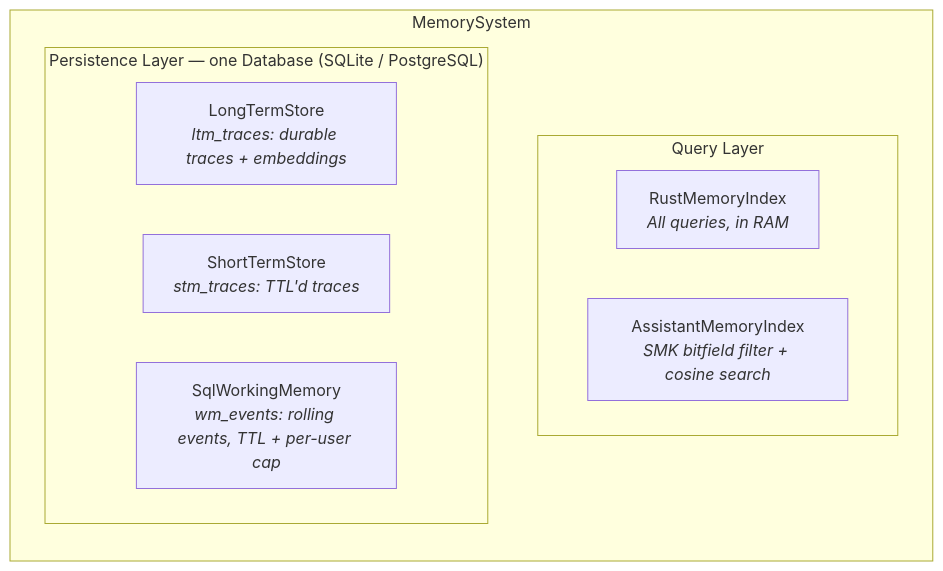
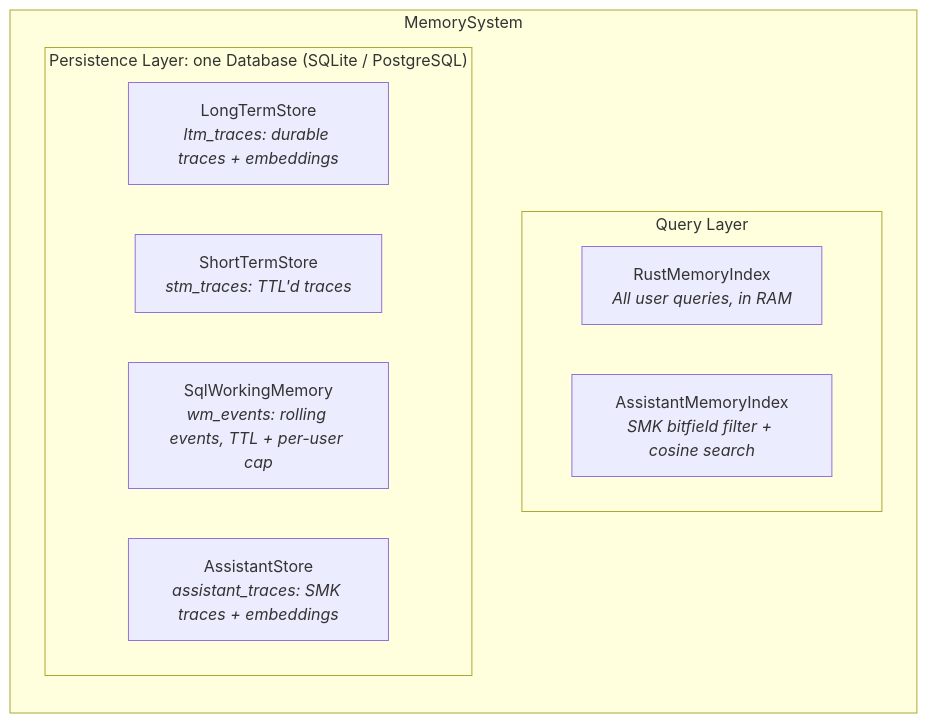
One commit to Magic-Man-us/MemoryCore changed the first of 5 diagrams in docs/architecture.md. Above: the diagram before and after it, drawn with Mermaid. The commit also changed other lines of this file and 37 other files, not shown here.

````diff
--- a/docs/architecture.md
+++ b/docs/architecture.md
@@ -9,15 +9,16 @@
 ```mermaid
 graph TB
     subgraph MemorySystem
         direction TB
         subgraph Query Layer
-            RI[RustMemoryIndex<br><i>All queries, in RAM</i>]
+            RI[RustMemoryIndex<br><i>All user queries, in RAM</i>]
             AI[AssistantMemoryIndex<br><i>SMK bitfield filter + cosine search</i>]
         end
-        subgraph "Persistence Layer — one Database (SQLite / PostgreSQL)"
+        subgraph "Persistence Layer: one Database (SQLite / PostgreSQL)"
             LTM[LongTermStore<br><i>ltm_traces: durable traces + embeddings</i>]
             STM[ShortTermStore<br><i>stm_traces: TTL'd traces</i>]
             WM[SqlWorkingMemory<br><i>wm_events: rolling events, TTL + per-user cap</i>]
+            AS[AssistantStore<br><i>assistant_traces: SMK traces + embeddings</i>]
         end
     end
 ```
````
